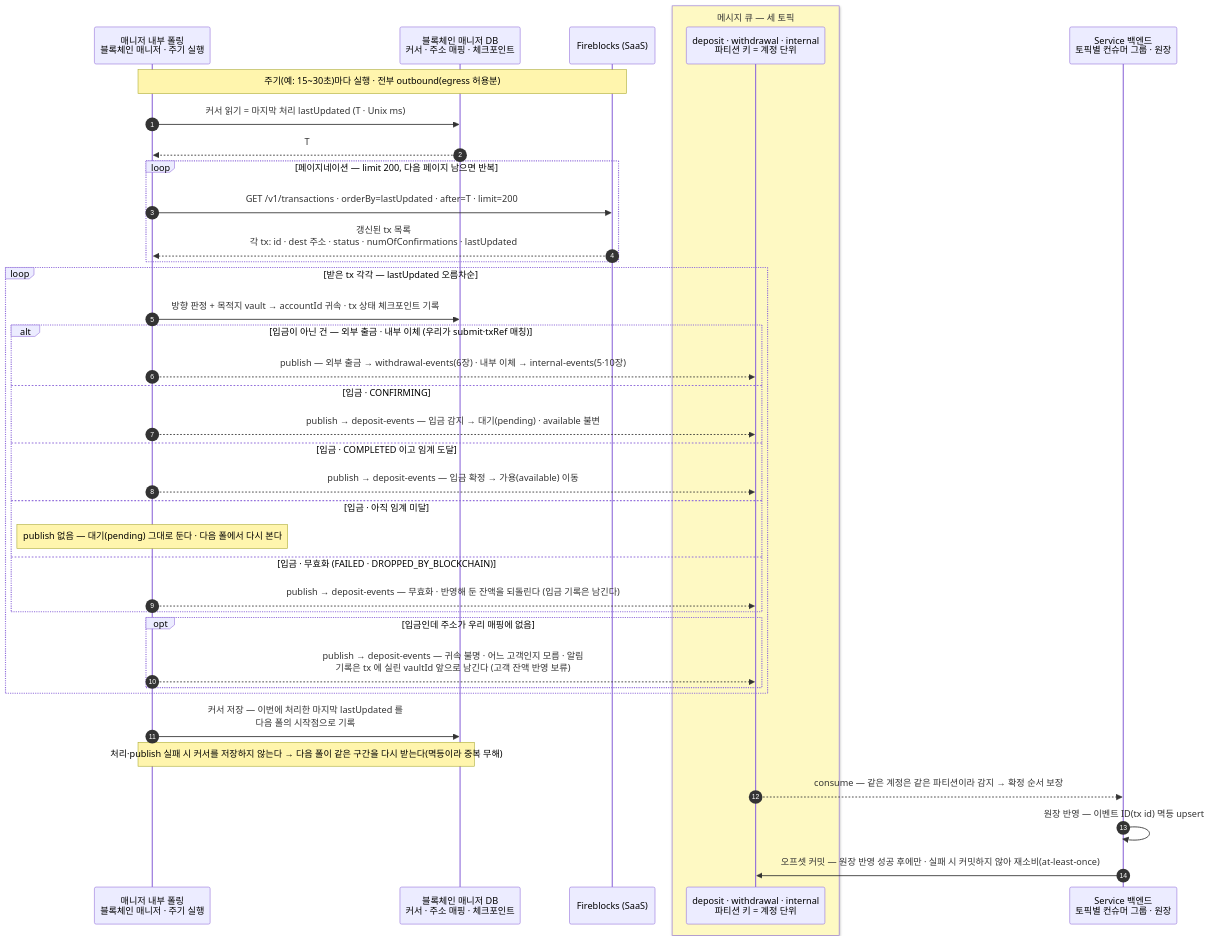
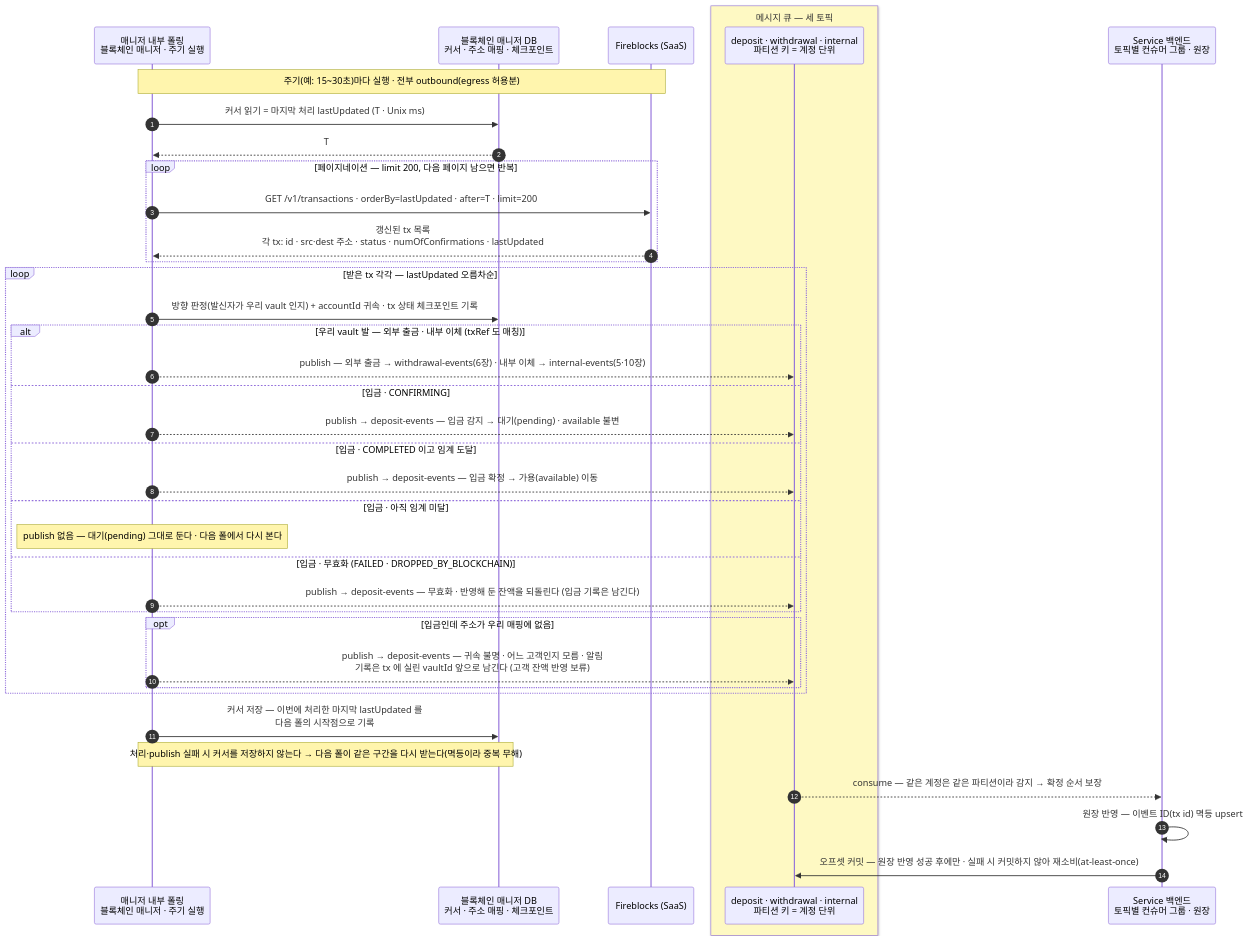
One commit to eunsujeo/eunpus changed the first of 2 diagrams in blockchain-manager/docs/블록체인매니저/설계/04-detect-confirm.md. Above: the diagram before and after it, drawn with Mermaid. The commit also changed other lines of this file, not shown here.

````diff
--- a/blockchain-manager/docs/블록체인매니저/설계/04-detect-confirm.md
+++ b/blockchain-manager/docs/블록체인매니저/설계/04-detect-confirm.md
@@ -72,45 +71,45 @@
 ```mermaid
 sequenceDiagram
     autonumber
     participant SUB as 매니저 내부 폴링<br/>블록체인 매니저 · 주기 실행
     participant MDB as 블록체인 매니저 DB<br/>커서 · 주소 매핑 · 체크포인트
     participant FB as Fireblocks (SaaS)
     box rgb(254,249,195) 메시지 큐 — 세 토픽
     participant MQ as deposit · withdrawal · internal<br/>파티션 키 = 계정 단위
     end
     participant BE as Service 백엔드<br/>토픽별 컨슈머 그룹 · 원장
 
     Note over SUB,FB: 주기(예: 15~30초)마다 실행 · 전부 outbound(egress 허용분)
     SUB->>MDB: 커서 읽기 = 마지막 처리 lastUpdated (T · Unix ms)
     MDB-->>SUB: T
 
     loop 페이지네이션 — limit 200, 다음 페이지 남으면 반복
         SUB->>FB: GET /v1/transactions · orderBy=lastUpdated · after=T · limit=200
-        FB-->>SUB: 갱신된 tx 목록<br/>각 tx: id · dest 주소 · status · numOfConfirmations · lastUpdated
+        FB-->>SUB: 갱신된 tx 목록<br/>각 tx: id · src·dest 주소 · status · numOfConfirmations · lastUpdated
     end
 
     loop 받은 tx 각각 — lastUpdated 오름차순
-        SUB->>MDB: 방향 판정 + 목적지 vault → accountId 귀속 · tx 상태 체크포인트 기록
-        alt 입금이 아닌 건 — 외부 출금 · 내부 이체 (우리가 submit·txRef 매칭)
+        SUB->>MDB: 방향 판정(발신자가 우리 vault 인지) + accountId 귀속 · tx 상태 체크포인트 기록
+        alt 우리 vault 발 — 외부 출금 · 내부 이체 (txRef 도 매칭)
             SUB-->>MQ: publish — 외부 출금 → withdrawal-events(6장) · 내부 이체 → internal-events(5·10장)
         else 입금 · CONFIRMING
             SUB-->>MQ: publish → deposit-events — 입금 감지 → 대기(pending) · available 불변
         else 입금 · COMPLETED 이고 임계 도달
             SUB-->>MQ: publish → deposit-events — 입금 확정 → 가용(available) 이동
         else 입금 · 아직 임계 미달
             Note over SUB: publish 없음 — 대기(pending) 그대로 둔다 · 다음 폴에서 다시 본다
         else 입금 · 무효화 (FAILED · DROPPED_BY_BLOCKCHAIN)
             SUB-->>MQ: publish → deposit-events — 무효화 · 반영해 둔 잔액을 되돌린다 (입금 기록은 남긴다)
         end
         opt 입금인데 주소가 우리 매핑에 없음
             SUB-->>MQ: publish → deposit-events — 귀속 불명 · 어느 고객인지 모름 · 알림<br/>기록은 tx 에 실린 vaultId 앞으로 남긴다 (고객 잔액 반영 보류)
         end
     end
 
     SUB->>MDB: 커서 저장 — 이번에 처리한 마지막 lastUpdated 를<br/>다음 폴의 시작점으로 기록
     Note over SUB,MDB: 처리·publish 실패 시 커서를 저장하지 않는다 → 다음 폴이 같은 구간을 다시 받는다(멱등이라 중복 무해)
 
     MQ-->>BE: consume — 같은 계정은 같은 파티션이라 감지 → 확정 순서 보장
     BE->>BE: 원장 반영 — 이벤트 ID(tx id) 멱등 upsert
     BE->>MQ: 오프셋 커밋 — 원장 반영 성공 후에만 · 실패 시 커밋하지 않아 재소비(at-least-once)
 ```
````
